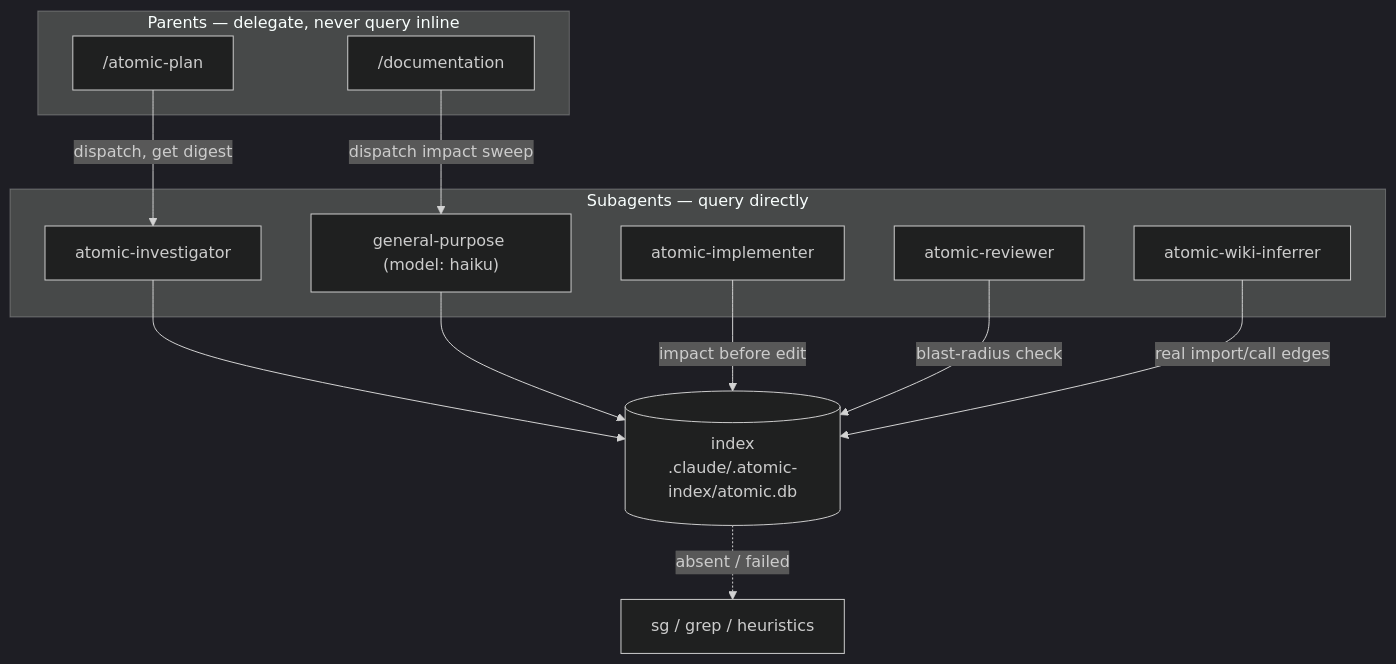
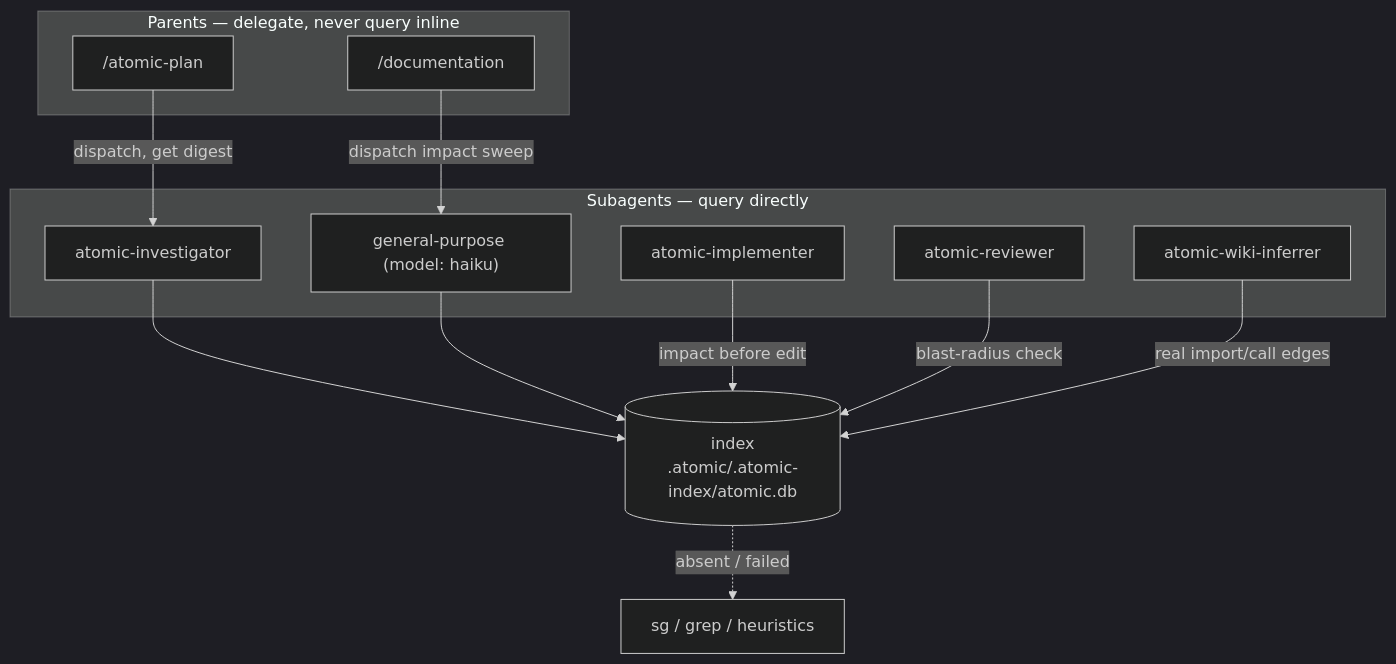
Before and after one commit to damusix/atomic-claude: the diagram in docs/reference/code-intel.md, drawn with Mermaid (dark theme). The commit also changed other lines of this file and 795 other files, not shown here.

First line of the commit message:
feat!: run Atomic on Claude Code, OMP, and Codex

````diff
--- a/docs/reference/code-intel.md
+++ b/docs/reference/code-intel.md
@@ -154,25 +154,25 @@
 ```mermaid
 flowchart TD
     subgraph parents["Parents — delegate, never query inline"]
         plan["/atomic-plan"]
         doc["/documentation"]
     end
     subgraph subs["Subagents — query directly"]
         inv["atomic-investigator"]
         gp["general-purpose (model: haiku)"]
         impl["atomic-implementer"]
         rev["atomic-reviewer"]
         sig["atomic-wiki-inferrer"]
     end
-    db[("index<br/>.claude/.atomic-index/atomic.db")]
+    db[("index<br/>.atomic/.atomic-index/atomic.db")]
     grep["sg / grep / heuristics"]
 
     plan -->|dispatch, get digest| inv
     doc -->|dispatch impact sweep| gp
     inv --> db
     gp --> db
     impl -->|impact before edit| db
     rev -->|blast-radius check| db
     sig -->|real import/call edges| db
     db -.->|absent / failed| grep
 ```
````
